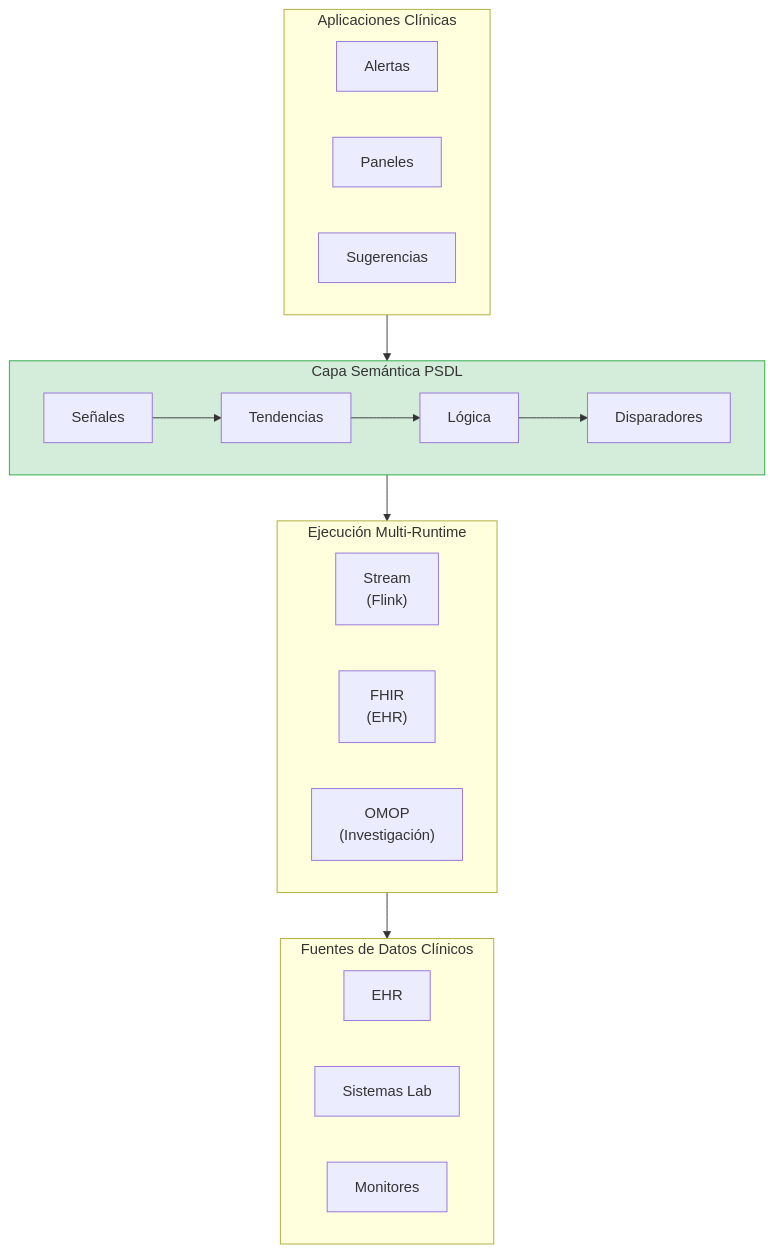
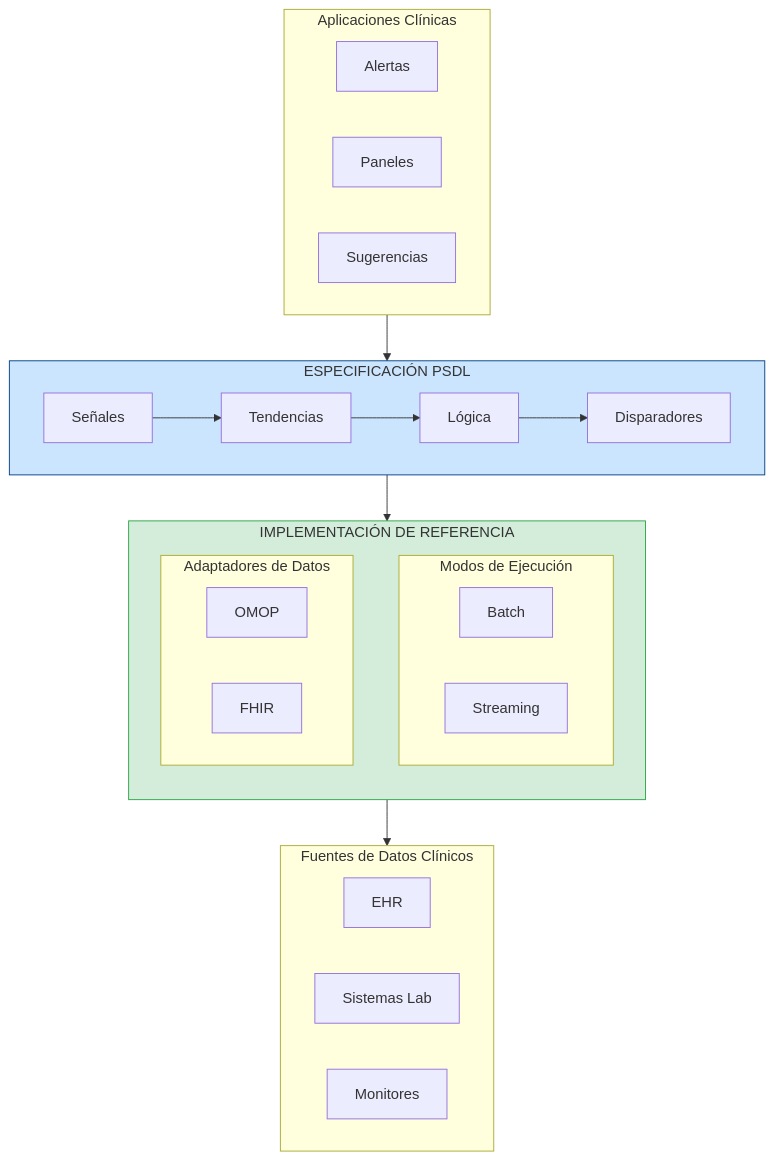
The third of 6 diagrams in docs/WHITEPAPER_ES.md (Chesterguan/PSDL), drawn with Mermaid before and after one commit. The commit also changed other lines of this file and 41 other files, not shown here.

First line of the commit message:
refactor: complete architecture refactoring (reference/adapters) + semantic layer emphasis

````diff
--- a/docs/WHITEPAPER_ES.md
+++ b/docs/WHITEPAPER_ES.md
@@ -120,31 +120,38 @@
 ```mermaid
 flowchart TB
     subgraph Apps["Aplicaciones Clínicas"]
         A1["Alertas"]
         A2["Paneles"]
         A3["Sugerencias"]
     end
 
-    subgraph PSDL["Capa Semántica PSDL"]
+    subgraph Spec["ESPECIFICACIÓN PSDL"]
         direction LR
         S["Señales"] --> T["Tendencias"] --> L["Lógica"] --> TR["Disparadores"]
     end
 
-    subgraph Runtime["Ejecución Multi-Runtime"]
-        R1["Stream<br/>(Flink)"]
-        R2["FHIR<br/>(EHR)"]
-        R3["OMOP<br/>(Investigación)"]
+    subgraph Impl["IMPLEMENTACIÓN DE REFERENCIA"]
+        direction TB
+        subgraph Exec["Modos de Ejecución"]
+            E1["Batch"]
+            E2["Streaming"]
+        end
+        subgraph Adapt["Adaptadores de Datos"]
+            A["OMOP"]
+            B["FHIR"]
+        end
     end
 
     subgraph Data["Fuentes de Datos Clínicos"]
         D1["EHR"]
         D2["Sistemas Lab"]
         D3["Monitores"]
     end
 
-    Apps --> PSDL
-    PSDL --> Runtime
-    Runtime --> Data
+    Apps --> Spec
+    Spec --> Impl
+    Impl --> Data
 
-    style PSDL fill:#d4edda,stroke:#28a745
+    style Spec fill:#cce5ff,stroke:#004085
+    style Impl fill:#d4edda,stroke:#28a745
 ```
````
